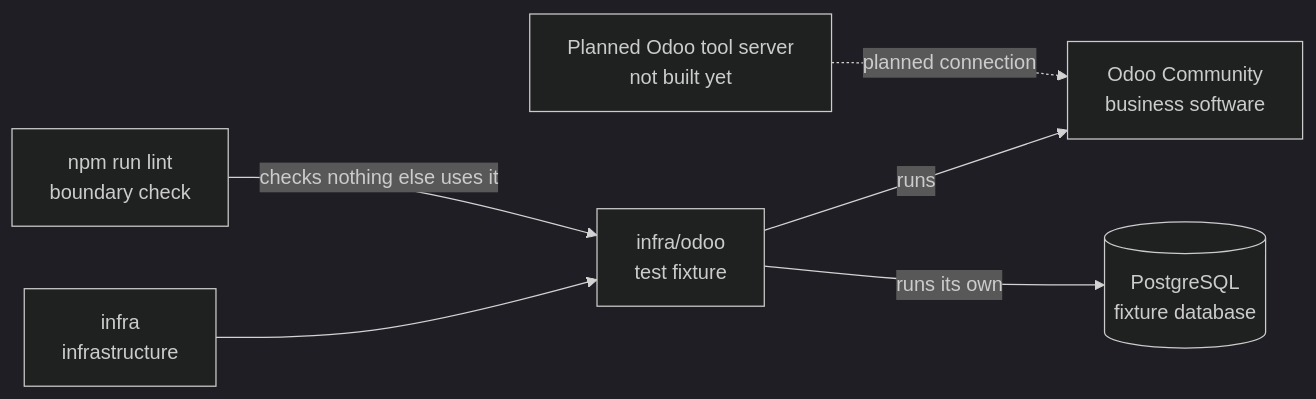
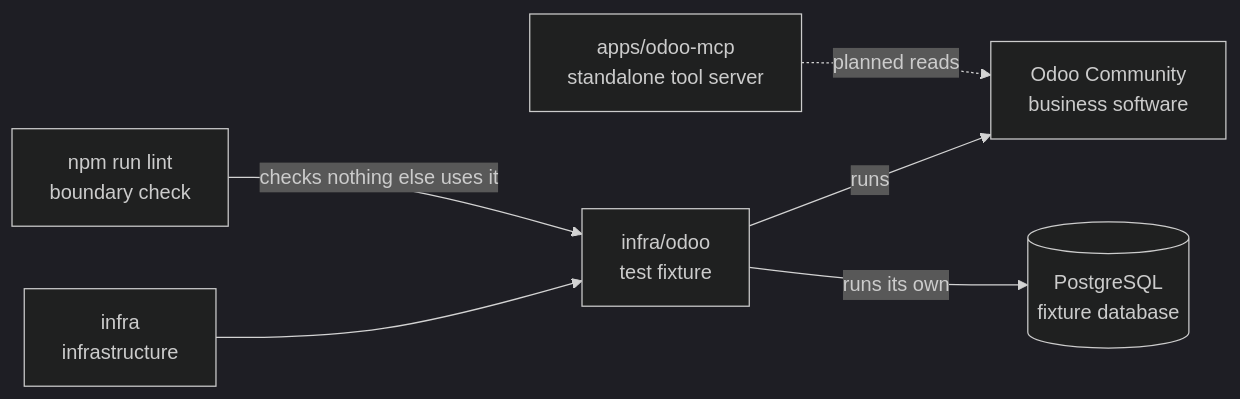
The diagram in infra/odoo/README.md (elewa-git/opencrane-new), drawn with Mermaid (dark theme) before and after one commit. The commit also changed other lines of this file and 13 other files, not shown here.

Commit message:
🔎 Add standalone Odoo discovery with tool calls closed

````diff
--- a/infra/odoo/README.md
+++ b/infra/odoo/README.md
@@ -16,8 +15,8 @@
 ```mermaid
 flowchart LR
   infra["infra<br/>infrastructure"] --> fixture["infra/odoo<br/>test fixture"]
   lint["npm run lint<br/>boundary check"] -->|checks nothing else uses it| fixture
   fixture -->|runs| odoo["Odoo Community<br/>business software"]
   fixture -->|runs its own| database[("PostgreSQL<br/>fixture database")]
-  future["Planned Odoo tool server<br/>not built yet"] -.->|planned connection| odoo
+  adapter["apps/odoo-mcp<br/>standalone tool server"] -.->|planned reads| odoo
 ```
````
